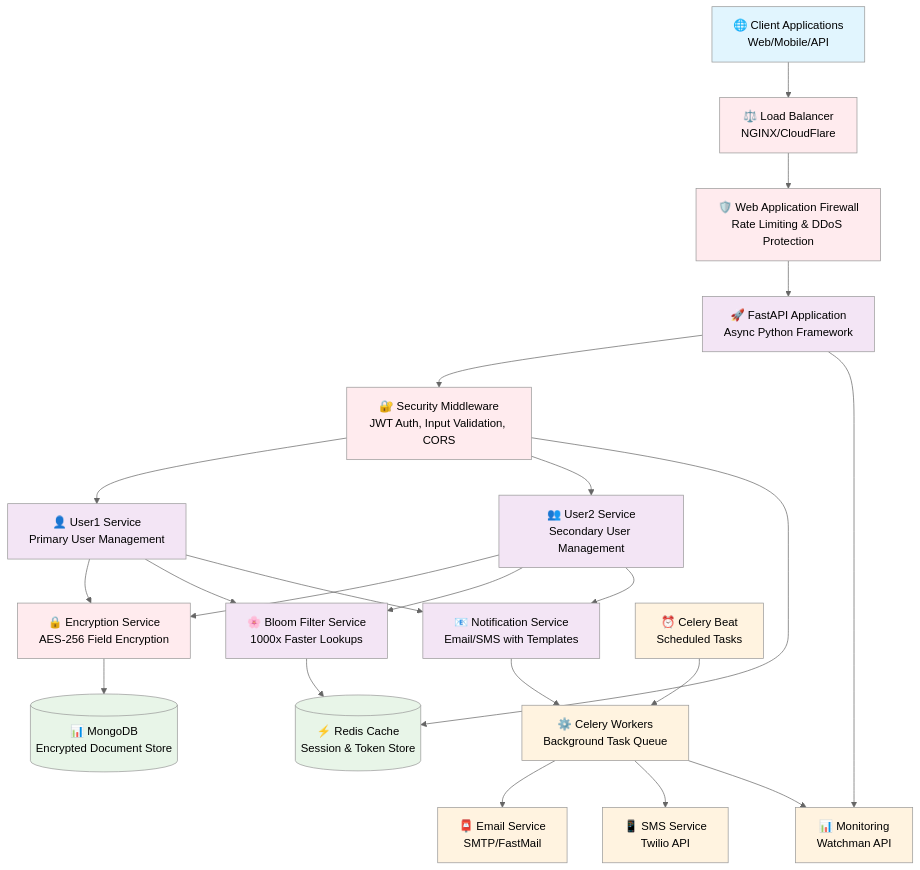
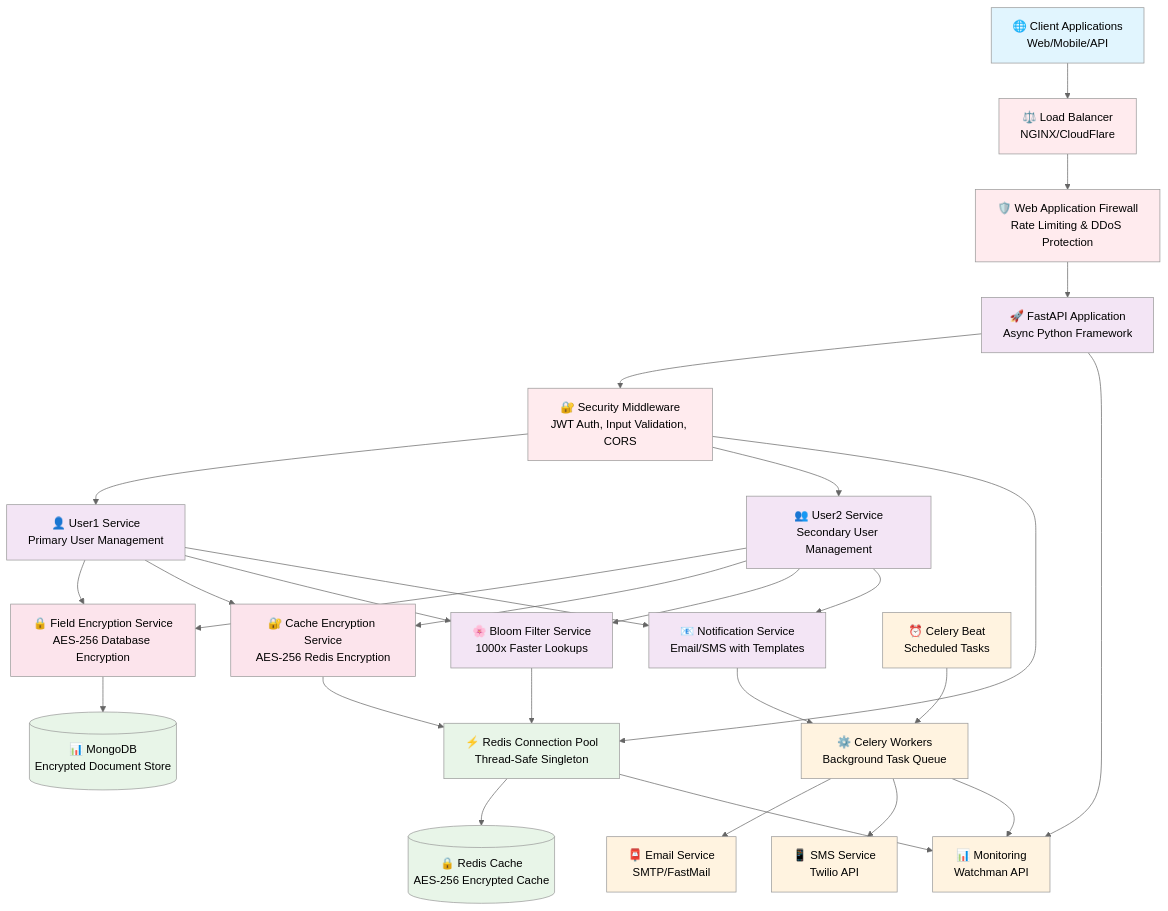
One commit to HATAKEkakshi/Auth changed the diagram in README.md. Above: the diagram before and after it, drawn with Mermaid (neutral theme). The commit also changed other lines of this file and 3 other files, not shown here.

````diff
--- a/README.md
+++ b/README.md
@@ -341,13 +341,15 @@
     USER2["👥 User2 Service<br/>Secondary User Management"]
     NOTIF["📧 Notification Service<br/>Email/SMS with Templates"]
     
-    %% Data Layer
-    ENCRYPT["🔒 Encryption Service<br/>AES-256 Field Encryption"]
+    %% Encryption Layer
+    ENCRYPT["🔒 Field Encryption Service<br/>AES-256 Database Encryption"]
+    CACHE_ENC["🔐 Cache Encryption Service<br/>AES-256 Redis Encryption"]
     BLOOM["🌸 Bloom Filter Service<br/>1000x Faster Lookups"]
     
-    %% Storage Layer
+    %% Storage Layer with Connection Pooling
     MONGO[("📊 MongoDB<br/>Encrypted Document Store")]
-    REDIS[("⚡ Redis Cache<br/>Session & Token Store")]
+    REDIS_POOL["⚡ Redis Connection Pool<br/>Thread-Safe Singleton"]
+    REDIS[("🔒 Redis Cache<br/>AES-256 Encrypted Cache")]
     
     %% Background Processing
     CELERY["⚙️ Celery Workers<br/>Background Task Queue"]
@@ -365,8 +367,12 @@
     API --> SEC
     SEC --> USER1
     SEC --> USER2
+    
+    %% Service to Encryption Layer
     USER1 --> ENCRYPT
     USER2 --> ENCRYPT
+    USER1 --> CACHE_ENC
+    USER2 --> CACHE_ENC
     USER1 --> BLOOM
     USER2 --> BLOOM
     USER1 --> NOTIF
@@ -374,8 +380,10 @@
     
     %% Storage Connections
     ENCRYPT --> MONGO
-    BLOOM --> REDIS
-    SEC --> REDIS
+    CACHE_ENC --> REDIS_POOL
+    REDIS_POOL --> REDIS
+    BLOOM --> REDIS_POOL
+    SEC --> REDIS_POOL
     
     %% Background Processing
     NOTIF --> CELERY
@@ -386,6 +394,7 @@
     %% Monitoring
     API --> MONITOR
     CELERY --> MONITOR
+    REDIS_POOL --> MONITOR
     
     %% Styling
     classDef client fill:#e1f5fe
@@ -393,10 +402,12 @@
     classDef service fill:#f3e5f5
     classDef storage fill:#e8f5e8
     classDef external fill:#fff3e0
+    classDef encryption fill:#fce4ec
     
     class Client client
-    class LB,WAF,SEC,ENCRYPT security
+    class LB,WAF,SEC security
     class API,USER1,USER2,NOTIF,BLOOM service
-    class MONGO,REDIS storage
+    class MONGO,REDIS,REDIS_POOL storage
     class EMAIL,SMS,MONITOR,CELERY,BEAT external
+    class ENCRYPT,CACHE_ENC encryption
 ```
````
